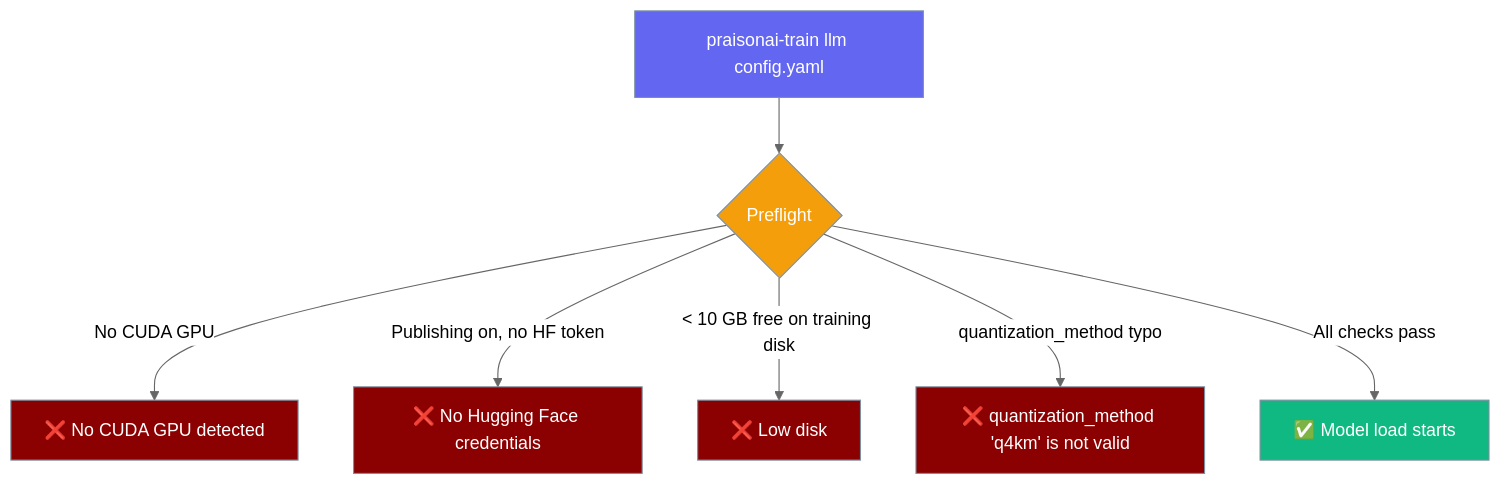
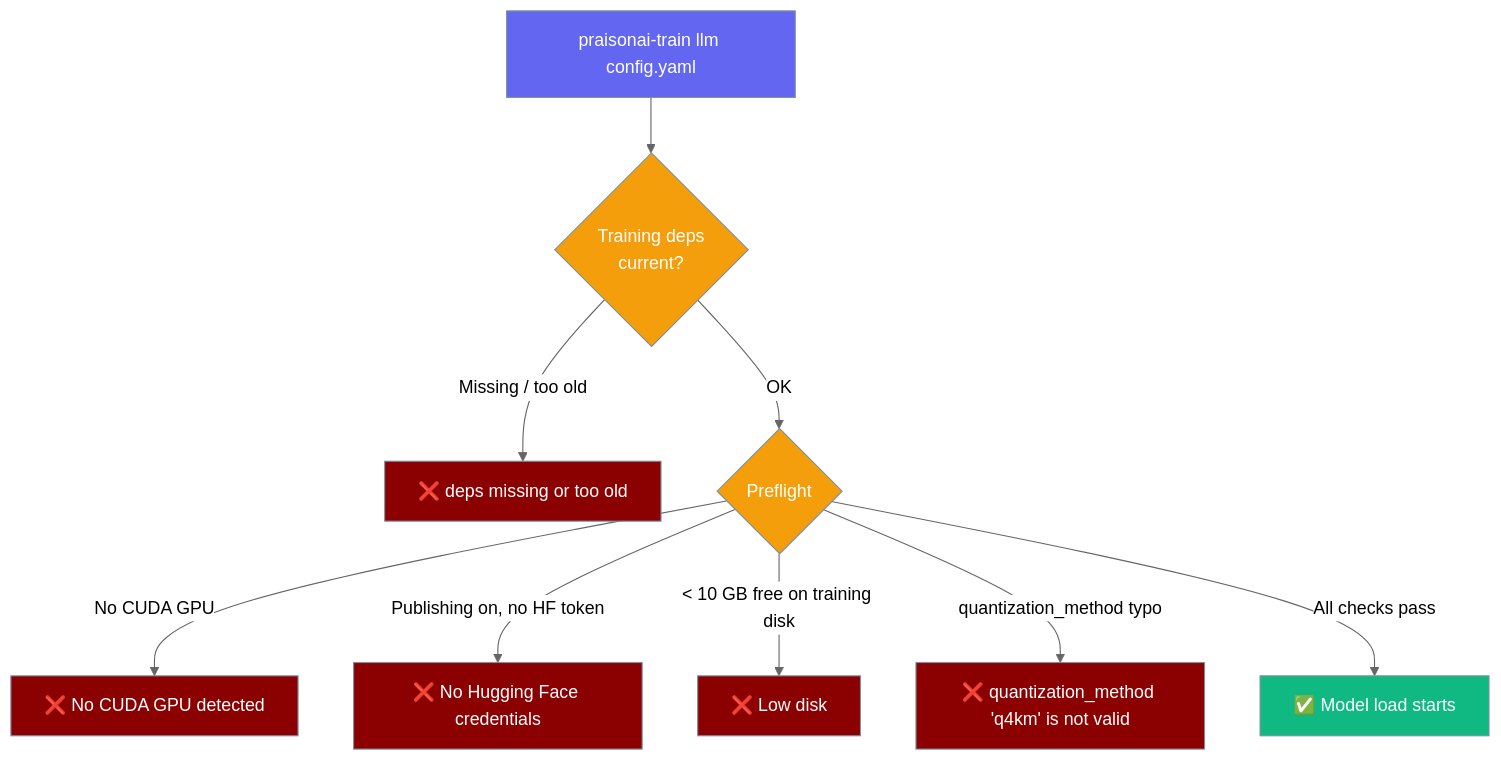
Before and after one commit to MervinPraison/PraisonAIDocs: the third of 14 diagrams in docs/train.mdx, drawn with Mermaid (neutral theme). The commit also changed other lines of this file and 3 other files, not shown here.

````diff
--- a/docs/train.mdx
+++ b/docs/train.mdx
@@ -195,19 +195,21 @@
 ```mermaid
 graph TB
-    Start[praisonai-train llm config.yaml] --> P{Preflight}
+    Start[praisonai-train llm config.yaml] --> Ver{Training deps<br/>current?}
+    Ver -->|Missing / too old| VER[❌ deps missing or too old]
+    Ver -->|OK| P{Preflight}
     P -->|No CUDA GPU| GPU[❌ No CUDA GPU detected]
     P -->|Publishing on, no HF token| HF[❌ No Hugging Face credentials]
     P -->|< 10 GB free on training disk| Disk[❌ Low disk]
     P -->|quantization_method typo| Q[❌ quantization_method 'q4km' is not valid]
     P -->|All checks pass| Go[✅ Model load starts]
 
     classDef entry fill:#6366F1,stroke:#7C90A0,color:#fff
     classDef check fill:#F59E0B,stroke:#7C90A0,color:#fff
     classDef fail fill:#8B0000,stroke:#7C90A0,color:#fff
     classDef pass fill:#10B981,stroke:#7C90A0,color:#fff
 
     class Start entry
-    class P check
-    class GPU,HF,Disk,Q fail
+    class P,Ver check
+    class GPU,HF,Disk,Q,VER fail
     class Go pass
 ```
````
